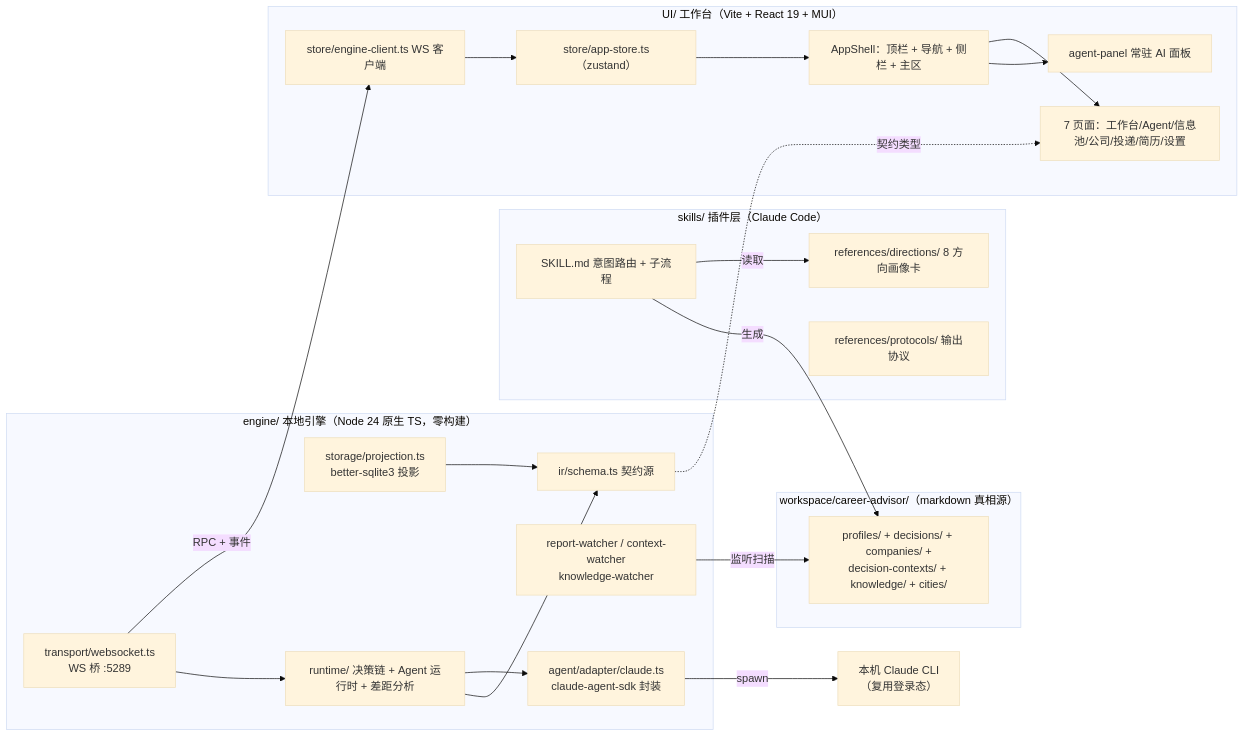
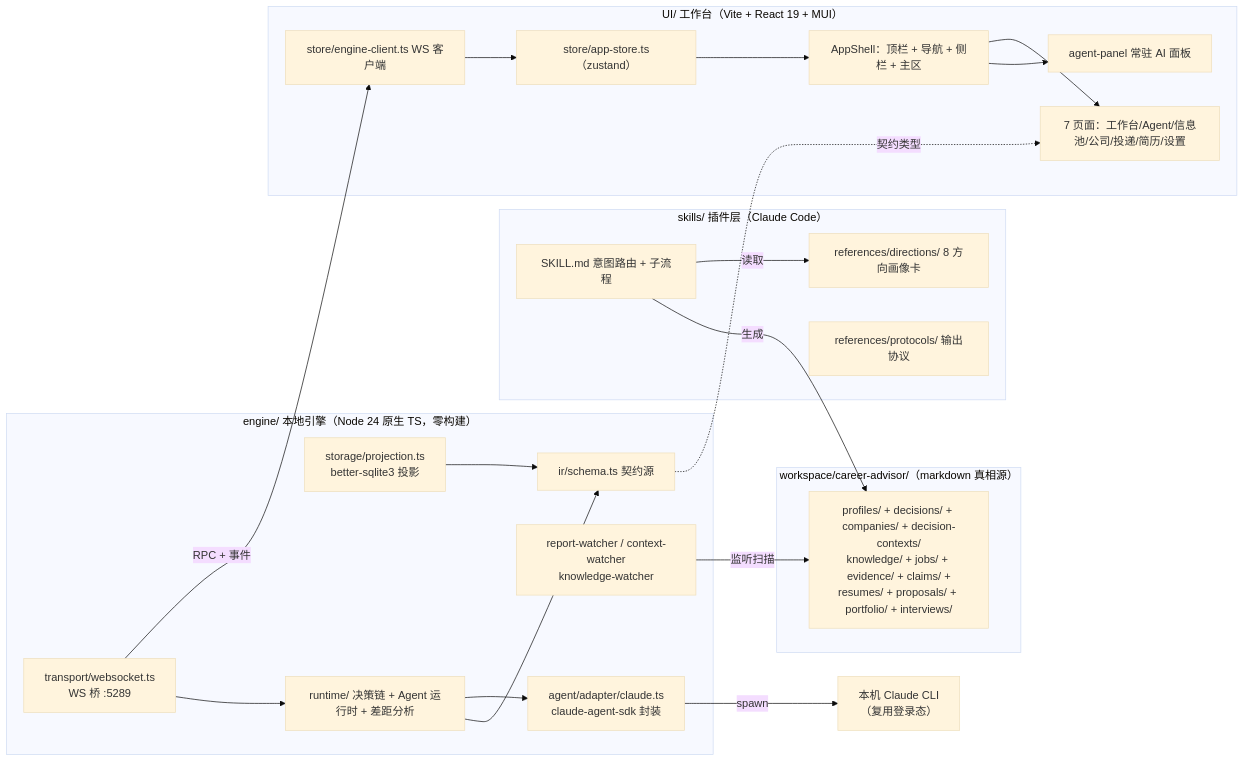
The diagram in ARCHITECTURE.md (Friend-Xu/career-os), drawn with Mermaid (base theme) before and after one commit. The commit also changed other lines of this file and 1 other file, not shown here.

First line of the commit message:
docs: 架构文档对齐 Artifact Evolution——系统定位升级为 Decision → Evolution Pipeline

````diff
--- a/ARCHITECTURE.md
+++ b/ARCHITECTURE.md
@@ -9,43 +9,43 @@
 ```mermaid
 flowchart LR
     subgraph 技能层["skills/ 插件层（Claude Code）"]
         SK["SKILL.md 意图路由 + 子流程"]
         DIR["references/directions/ 8 方向画像卡"]
         PROT["references/protocols/ 输出协议"]
     end
 
     subgraph 引擎["engine/ 本地引擎（Node 24 原生 TS，零构建）"]
         WS["transport/websocket.ts<br/>WS 桥 :5289"]
         IR["ir/schema.ts 契约源"]
         PROJ["storage/projection.ts<br/>better-sqlite3 投影"]
         WATCH["report-watcher / context-watcher<br/>knowledge-watcher"]
         RUNTIME["runtime/ 决策链 + Agent 运行时 + 差距分析"]
         AGENT["agent/adapter/claude.ts<br/>claude-agent-sdk 封装"]
     end
 
     subgraph 前端["UI/ 工作台（Vite + React 19 + MUI）"]
         SHELL["AppShell：顶栏 + 导航 + 侧栏 + 主区"]
         PANEL["agent-panel 常驻 AI 面板"]
         STORE["store/app-store.ts（zustand）"]
         CLIENT["store/engine-client.ts WS 客户端"]
         PAGES["7 页面：工作台/Agent/信息池/公司/投递/简历/设置"]
     end
 
     subgraph 数据["workspace/career-advisor/（markdown 真相源）"]
-        MD["profiles/ + decisions/ + companies/ +<br/>decision-contexts/ + knowledge/ + cities/"]
+        MD["profiles/ + decisions/ + companies/ + decision-contexts/<br/>knowledge/ + jobs/ + evidence/ + claims/ +<br/>resumes/ + proposals/ + portfolio/ + interviews/"]
     end
 
     SK -->|读取| DIR
     SK -->|生成| MD
     WATCH -->|监听扫描| MD
     IR -.->|契约类型| PAGES
     WS -->|RPC + 事件| CLIENT
     CLIENT --> STORE
     STORE --> SHELL
     SHELL --> PAGES
     SHELL --> PANEL
     AGENT -->|spawn| CLI["本机 Claude CLI<br/>（复用登录态）"]
     WS --> RUNTIME --> AGENT
     PROJ --> IR
     RUNTIME --> IR
 ```
````
